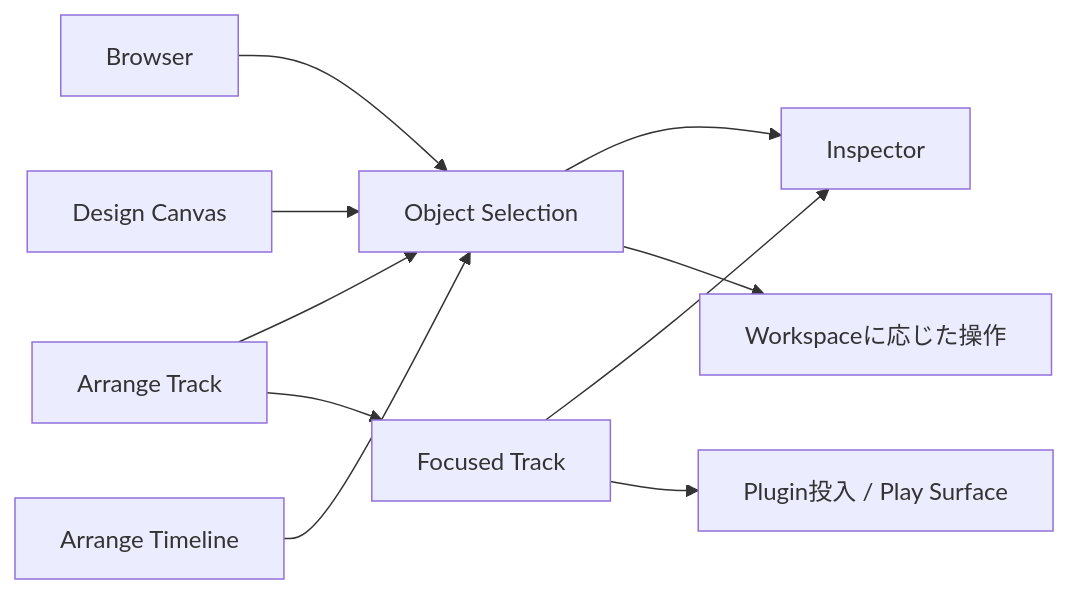
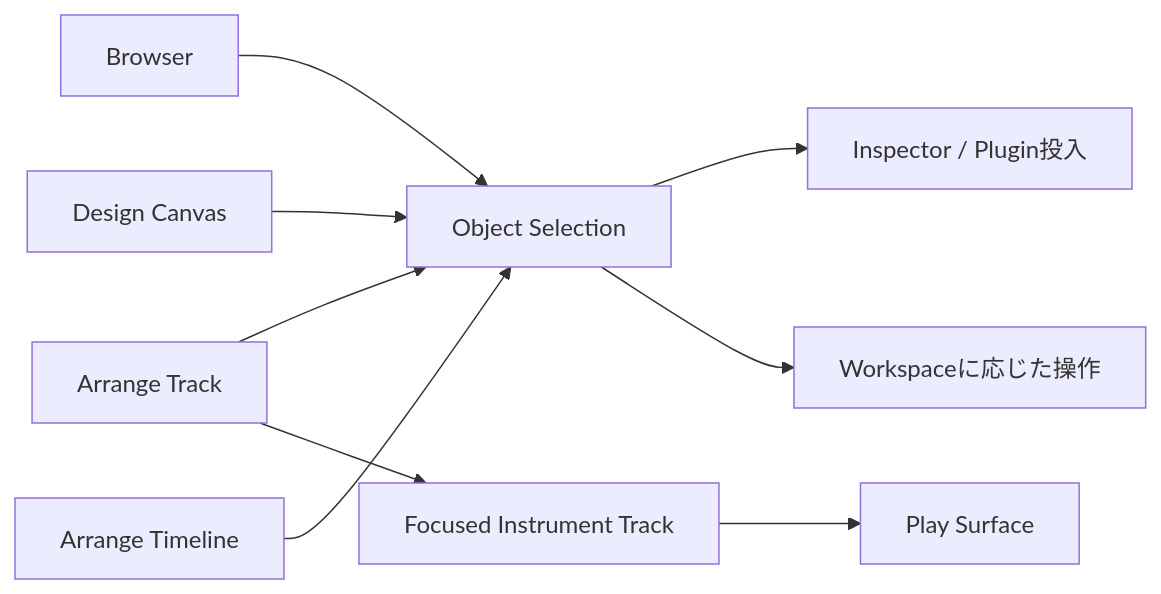
Before and after one commit to endo-ly/riffra: the third of 11 diagrams in docs/ui-ux-design/ui-ux-design.md, drawn with Mermaid. The commit also changed other lines of this file and 11 other files, not shown here.

````diff
--- a/docs/ui-ux-design/ui-ux-design.md
+++ b/docs/ui-ux-design/ui-ux-design.md
@@ -122,12 +122,11 @@
 ```mermaid
 flowchart LR
     B["Browser"] --> S["Object Selection"]
     T["Arrange Track"] --> S
     D["Design Canvas"] --> S
     A["Arrange Timeline"] --> S
-    T --> F["Focused Track"]
-    S --> I["Inspector"]
-    F --> I
+    T --> F["Focused Instrument Track"]
+    S --> I["Inspector / Plugin投入"]
     S --> W["Workspaceに応じた操作"]
-    F --> P["Plugin投入 / Play Surface"]
+    F --> P["Play Surface"]
 ```
````
